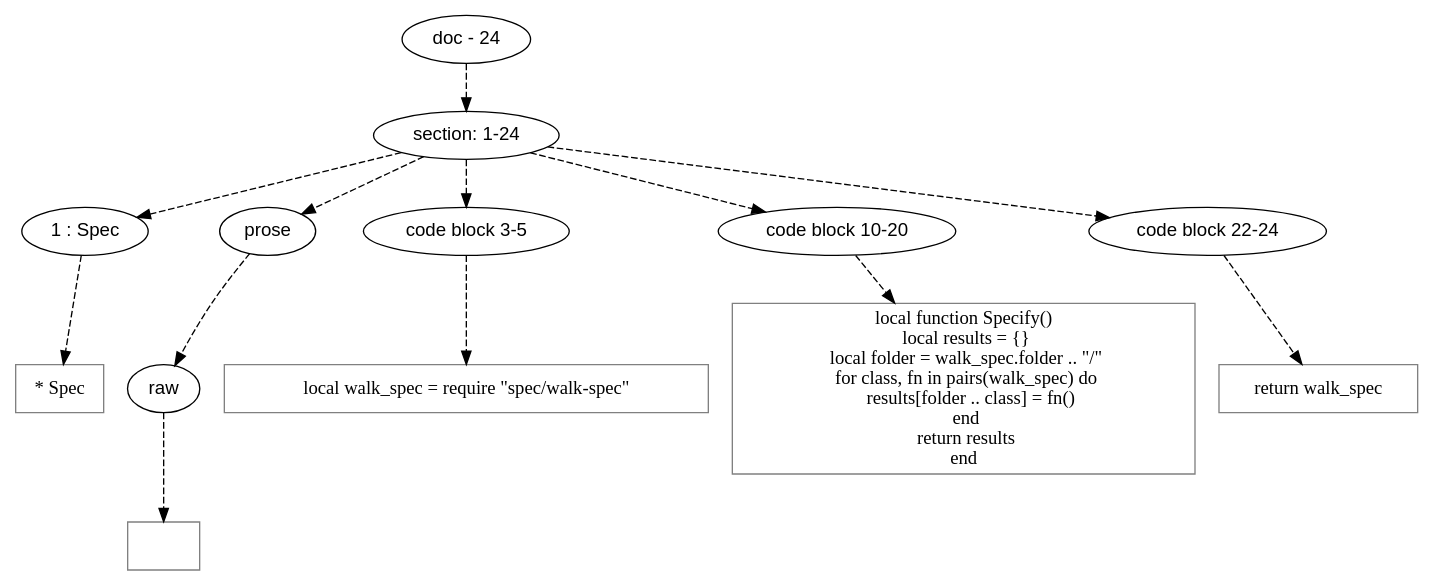
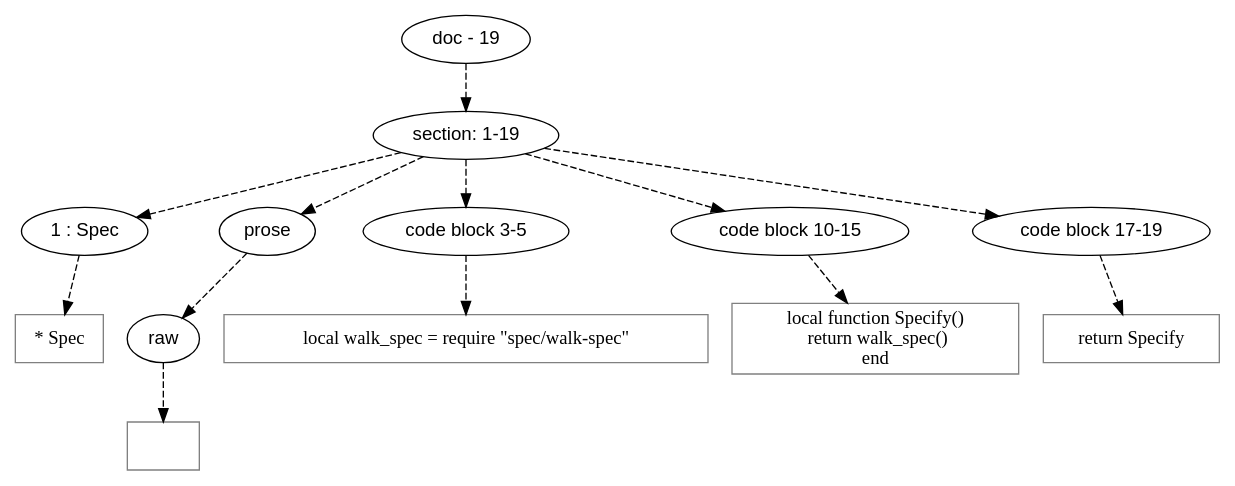
One commit to mnemnion/orb changed the diagram in doc/dot/spec/spec.dot. Above: the diagram before and after it, drawn with Graphviz. The commit also changed 35 other files, not shown here.

```diff
--- a/doc/dot/spec/spec.dot
+++ b/doc/dot/spec/spec.dot
@@ -1,71 +1,66 @@
 digraph lpegNode {
 
 node [fontname=Helvetica]
 edge [style=dashed]
 
-doc_0 [label="doc - 24"]
+doc_0 [label="doc - 19"]
 
 
 doc_0 -> { section_1}
 {rank=same; section_1}
 
-section_1 [label="section: 1-24"]
+section_1 [label="section: 1-19"]
 
 
 // END RANK doc_0
 
 section_1 -> { header_2 prose_3 codeblock_4 codeblock_5 codeblock_6}
 {rank=same; header_2 prose_3 codeblock_4 codeblock_5 codeblock_6}
 
 header_2 [label="1 : Spec"]
 
 prose_3 [label="prose"]
 
 codeblock_4 [label="code block 3-5"]
 
-codeblock_5 [label="code block 10-20"]
+codeblock_5 [label="code block 10-15"]
 
-codeblock_6 [label="code block 22-24"]
+codeblock_6 [label="code block 17-19"]
 
 
 // END RANK section_1
 
 header_2 -> leaf_7
 leaf_7  [color=Gray,shape=rectangle,fontname=Inconsolata,label="* Spec"]
 // END RANK header_2
 
 prose_3 -> { raw_8}
 {rank=same; raw_8}
 
 raw_8 [label="raw"]
 
 
 // END RANK prose_3
 
 raw_8 -> leaf_9
 leaf_9  [color=Gray,shape=rectangle,fontname=Inconsolata,label="
 "]
 // END RANK raw_8
 
 codeblock_4 -> leaf_10
 leaf_10  [color=Gray,shape=rectangle,fontname=Inconsolata,label="local walk_spec = require \"spec/walk-spec\""]
 // END RANK codeblock_4
 
 codeblock_5 -> leaf_11
 leaf_11  [color=Gray,shape=rectangle,fontname=Inconsolata,label="local function Specify()
-  local results = {}
-  local folder = walk_spec.folder .. \"/\"
-  for class, fn in pairs(walk_spec) do
-    results[folder .. class] = fn()
-  end
-  return results
+  return walk_spec()
 end
 "]
 // END RANK codeblock_5
 
 codeblock_6 -> leaf_12
-leaf_12  [color=Gray,shape=rectangle,fontname=Inconsolata,label="return walk_spec"]
+leaf_12  [color=Gray,shape=rectangle,fontname=Inconsolata,label="return Specify"]
 // END RANK codeblock_6
 
 
 }
```
